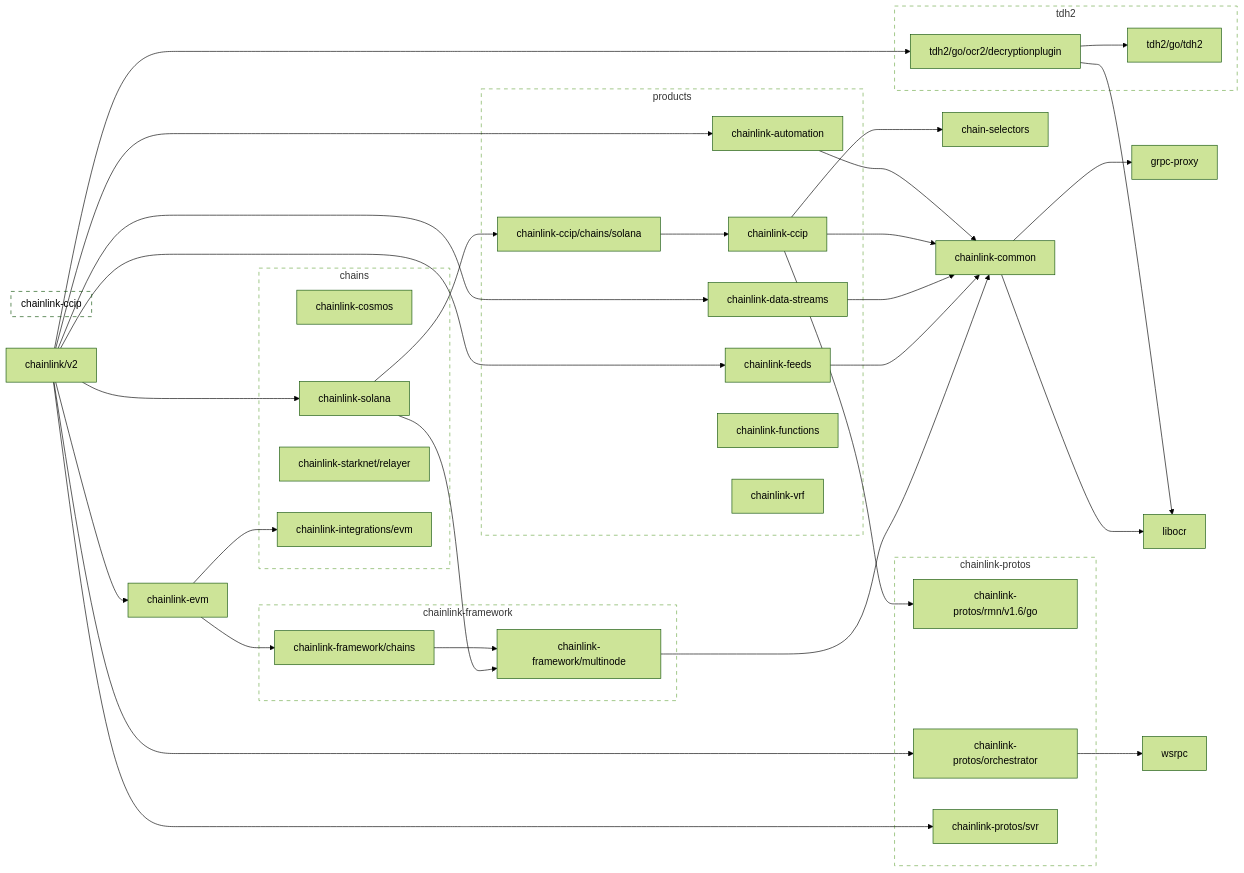
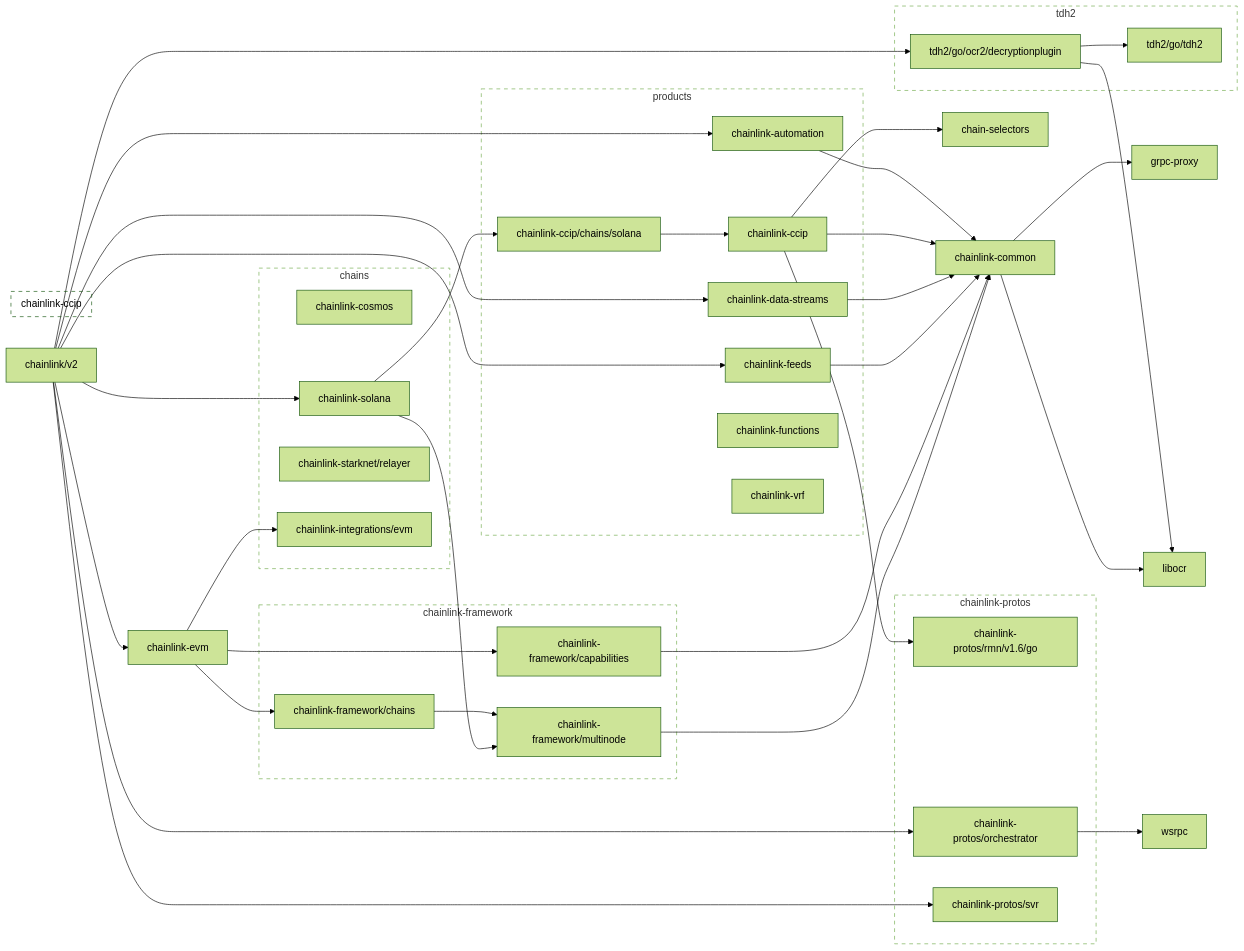
One commit to JohnDaWalka/chainlink changed the first of 2 diagrams in go.md. Above: the diagram before and after it, drawn with Mermaid (forest theme). The commit also changed other lines of this file and 22 other files, not shown here.

First line of the commit message:
Updated EVM Write target to use Generalized WT framework (#17118)

```diff
--- a/go.md
+++ b/go.md
@@ -37,11 +37,14 @@
 	click chainlink-common href "https://github.com/smartcontractkit/chainlink-common"
 	chainlink-data-streams --> chainlink-common
 	click chainlink-data-streams href "https://github.com/smartcontractkit/chainlink-data-streams"
+	chainlink-evm --> chainlink-framework/capabilities
 	chainlink-evm --> chainlink-framework/chains
 	chainlink-evm --> chainlink-integrations/evm
 	click chainlink-evm href "https://github.com/smartcontractkit/chainlink-evm"
 	chainlink-feeds --> chainlink-common
 	click chainlink-feeds href "https://github.com/smartcontractkit/chainlink-feeds"
+	chainlink-framework/capabilities --> chainlink-common
+	click chainlink-framework/capabilities href "https://github.com/smartcontractkit/chainlink-framework"
 	chainlink-framework/chains --> chainlink-framework/multinode
 	click chainlink-framework/chains href "https://github.com/smartcontractkit/chainlink-framework"
 	chainlink-framework/multinode --> chainlink-common
@@ -85,6 +88,7 @@
 	click chainlink-ccip-repo href "https://github.com/smartcontractkit/chainlink-ccip"
 
 	subgraph chainlink-framework-repo[chainlink-framework]
+		 chainlink-framework/capabilities
 		 chainlink-framework/chains
 		 chainlink-framework/multinode
 	end
```
